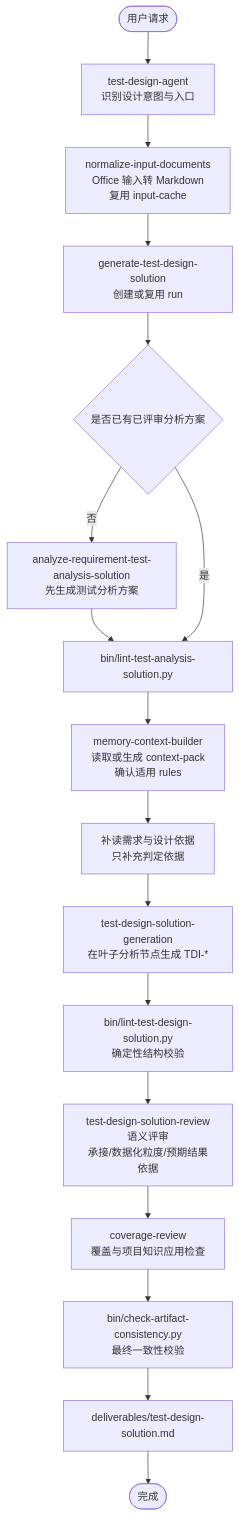
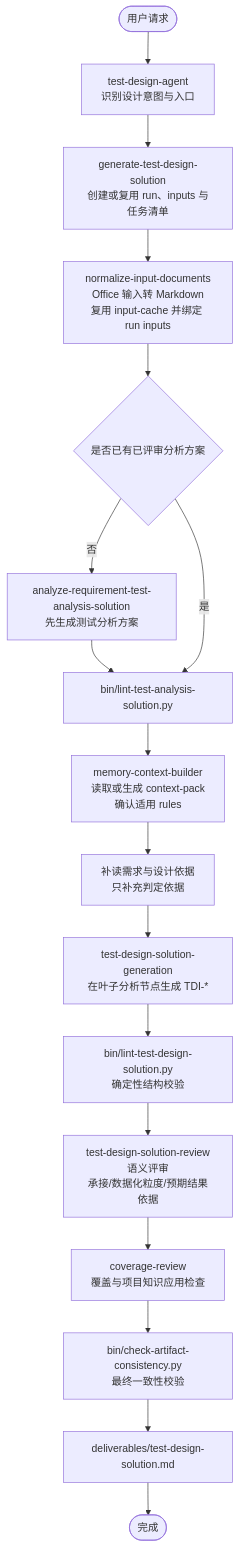
The diagram in docs/test-design-agent-design.md (szluoqy-byte/Test-Analysis-Agent-MM), drawn with Mermaid before and after one commit. The commit also changed other lines of this file and 16 other files, not shown here.

Commit message:
feat: bind normalized inputs to run dirs

````diff
--- a/docs/test-design-agent-design.md
+++ b/docs/test-design-agent-design.md
@@ -83,20 +83,20 @@
 ```mermaid
 flowchart TD
   start(["用户请求"])
   start --> agent["test-design-agent<br/>识别设计意图与入口"]
-  agent --> normalize["normalize-input-documents<br/>Office 输入转 Markdown<br/>复用 input-cache"]
-  normalize --> main["generate-test-design-solution<br/>创建或复用 run"]
-  main --> hasAnalysis{"是否已有已评审分析方案"}
+  agent --> main["generate-test-design-solution<br/>创建或复用 run、inputs 与任务清单"]
+  main --> normalize["normalize-input-documents<br/>Office 输入转 Markdown<br/>复用 input-cache 并绑定 run inputs"]
+  normalize --> hasAnalysis{"是否已有已评审分析方案"}
   hasAnalysis -- 否 --> analysis["analyze-requirement-test-analysis-solution<br/>先生成测试分析方案"]
   analysis --> analysisCheck["bin/lint-test-analysis-solution.py"]
   hasAnalysis -- 是 --> analysisCheck
   analysisCheck --> ctx["memory-context-builder<br/>读取或生成 context-pack<br/>确认适用 rules"]
   ctx --> basis["补读需求与设计依据<br/>只补充判定依据"]
   basis --> generation["test-design-solution-generation<br/>在叶子分析节点生成 TDI-*"]
   generation --> lint["bin/lint-test-design-solution.py<br/>确定性结构校验"]
   lint --> review["test-design-solution-review<br/>语义评审<br/>承接/数据化粒度/预期结果依据"]
   review --> coverage["coverage-review<br/>覆盖与项目知识应用检查"]
   coverage --> consistency["bin/check-artifact-consistency.py<br/>最终一致性校验"]
   consistency --> output["deliverables/test-design-solution.md"]
   output --> finish(["完成"])
 ```
````
